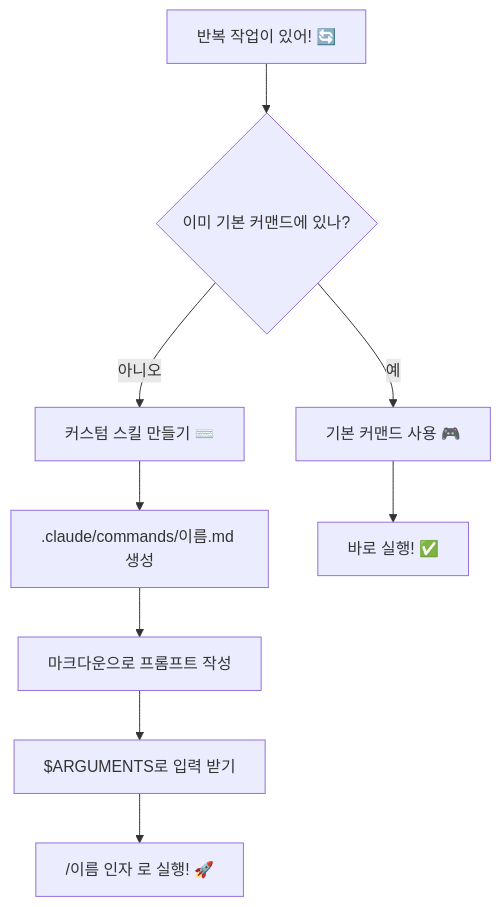
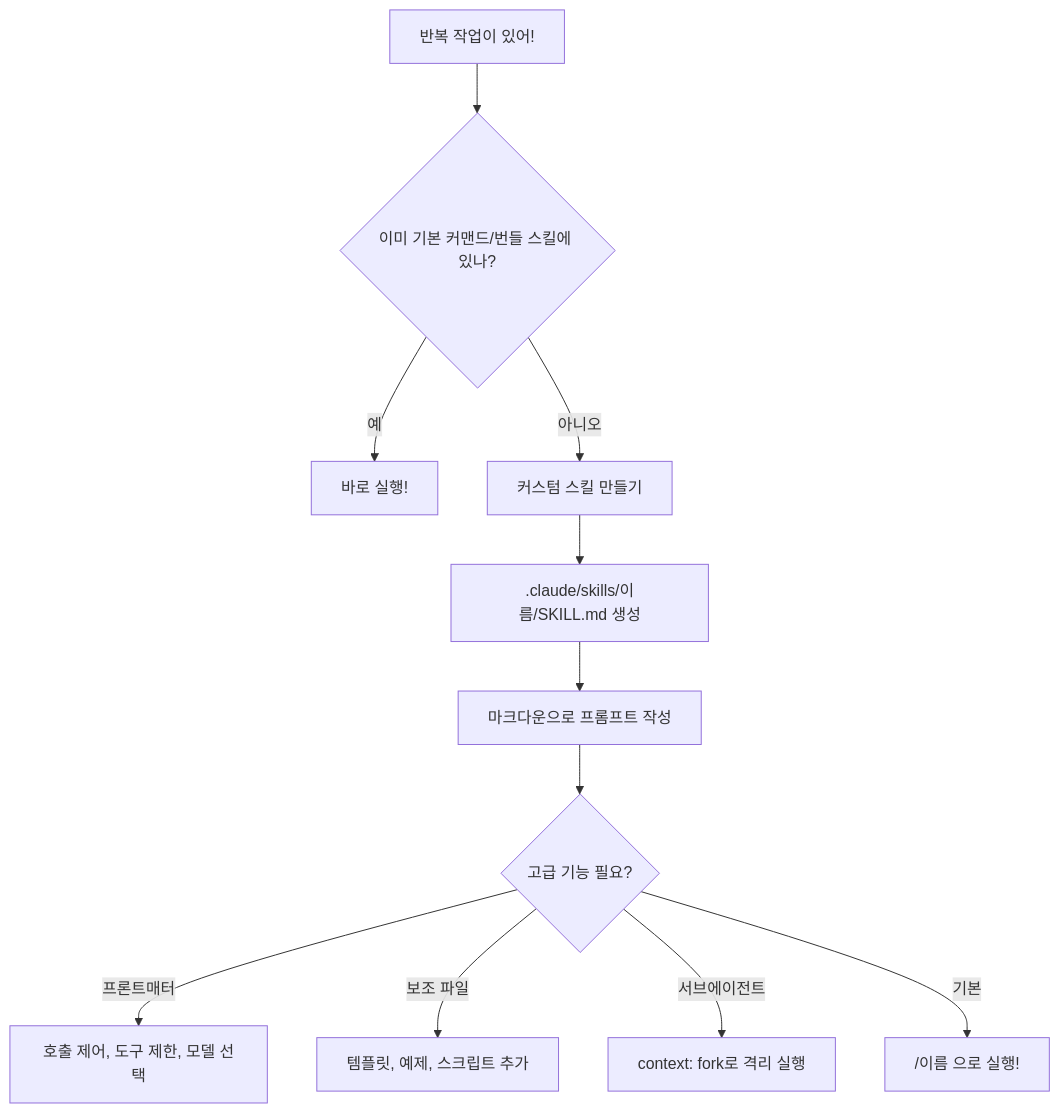
Before and after one commit to bocktae80/cc-project: the diagram in projects/08-skills-commands/README.md, drawn with Mermaid. The commit also changed other lines of this file and 13 other files, not shown here.

````diff
--- a/projects/08-skills-commands/README.md
+++ b/projects/08-skills-commands/README.md
@@ -42,11 +59,13 @@
 ```mermaid
 flowchart TD
-    A["반복 작업이 있어! 🔄"] --> B{"이미 기본 커맨드에 있나?"}
-    B -->|예| C["기본 커맨드 사용 🎮"]
-    B -->|아니오| D["커스텀 스킬 만들기 ⌨️"]
-    D --> E[".claude/commands/이름.md 생성"]
+    A["반복 작업이 있어!"] --> B{"이미 기본 커맨드/번들 스킬에 있나?"}
+    B -->|예| C["바로 실행!"]
+    B -->|아니오| D["커스텀 스킬 만들기"]
+    D --> E[".claude/skills/이름/SKILL.md 생성"]
     E --> F["마크다운으로 프롬프트 작성"]
-    F --> G["$ARGUMENTS로 입력 받기"]
-    G --> H["/이름 인자 로 실행! 🚀"]
-    C --> I["바로 실행! ✅"]
+    F --> G{"고급 기능 필요?"}
+    G -->|"프론트매터"| H["호출 제어, 도구 제한, 모델 선택"]
+    G -->|"보조 파일"| I["템플릿, 예제, 스크립트 추가"]
+    G -->|"서브에이전트"| J["context: fork로 격리 실행"]
+    G -->|"기본"| K["/이름 으로 실행!"]
 ```
````
